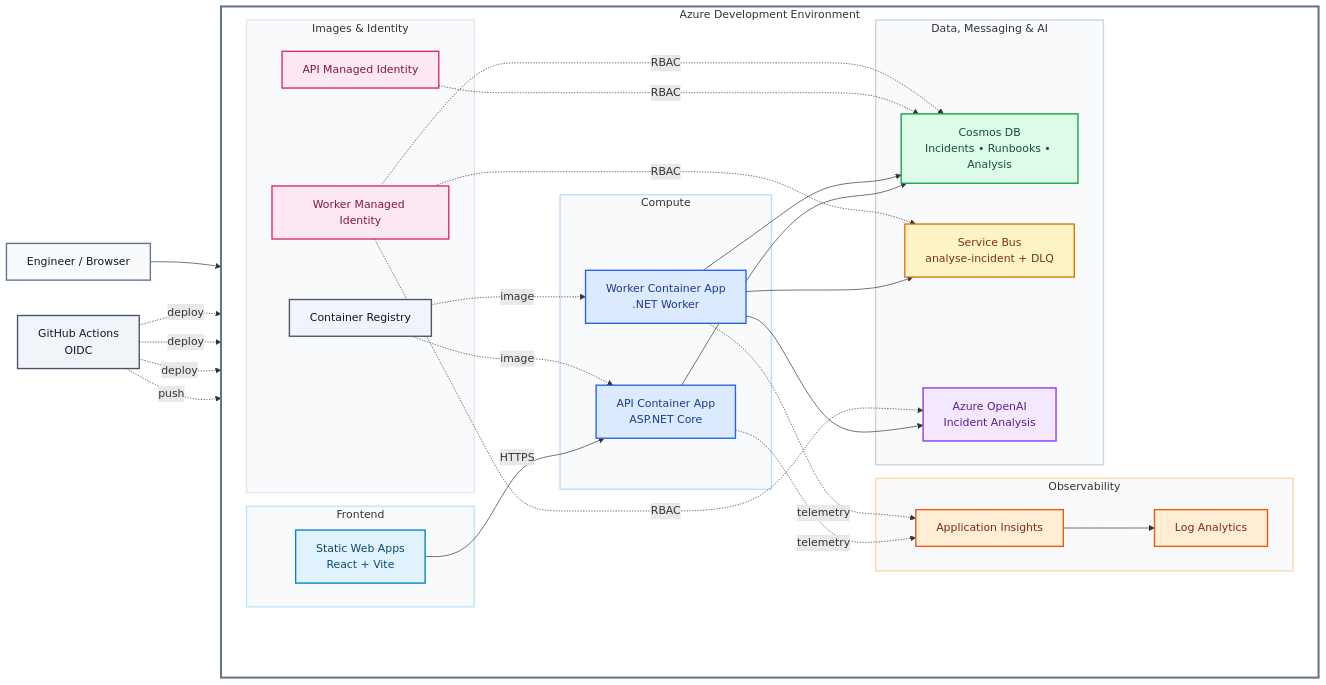
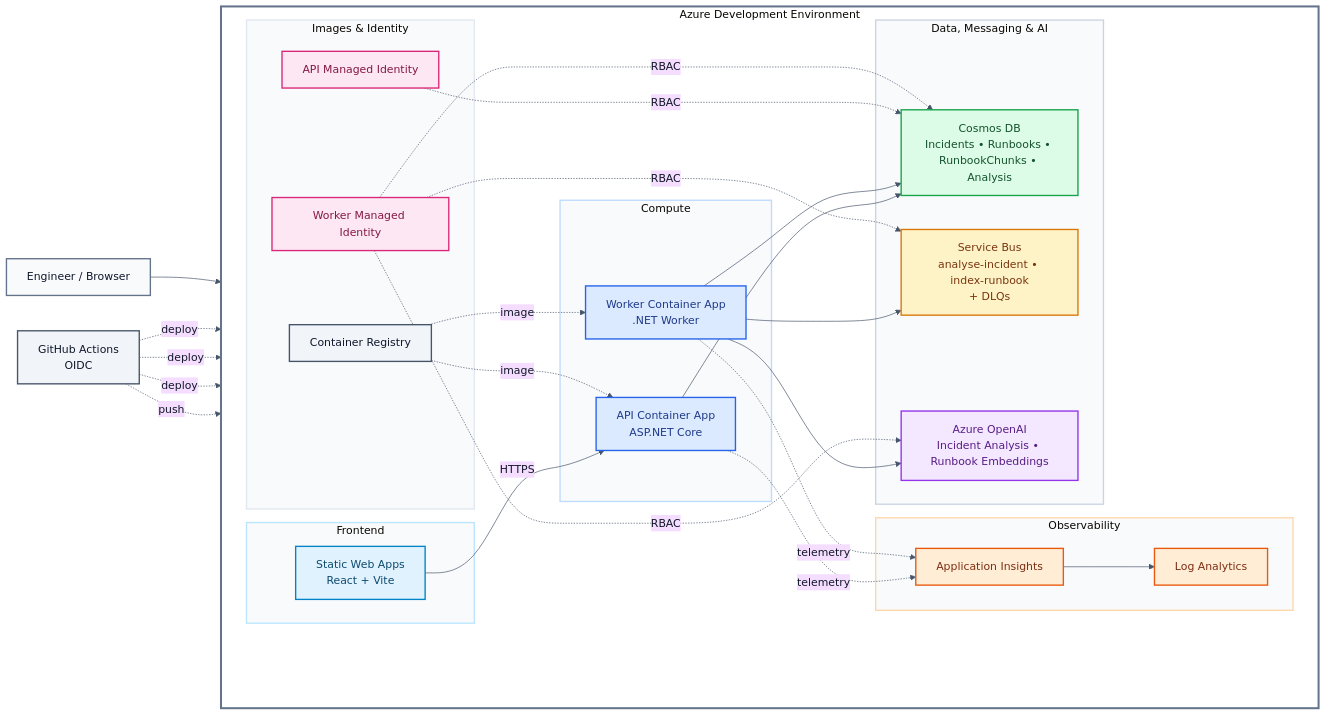
The first of 5 diagrams in ReadMe.md (danielmusselwhite/IncidentIQ), drawn with Mermaid before and after one commit. The commit also changed other lines of this file and 12 other files, not shown here.

Commit message:
docs: update with new runbook ingestion architecture

````diff
--- a/ReadMe.md
+++ b/ReadMe.md
@@ -19,76 +19,77 @@
 ```mermaid
+%%{init: {"theme": "base", "themeVariables": {"background": "#ffffff", "primaryTextColor": "#111827", "lineColor": "#475569"}}}%%
 flowchart LR
     User["Engineer / Browser"]:::external
     GitHub["GitHub Actions<br/>OIDC"]:::delivery
 
     subgraph Azure["Azure Development Environment"]
         direction LR
 
         subgraph Frontend["Frontend"]
             SWA["Static Web Apps<br/>React + Vite"]:::frontend
         end
 
         subgraph Compute["Compute"]
             API["API Container App<br/>ASP.NET Core"]:::compute
             Worker["Worker Container App<br/>.NET Worker"]:::compute
         end
 
         subgraph Platform["Data, Messaging & AI"]
-            Cosmos["Cosmos DB<br/>Incidents • Runbooks • Analysis"]:::data
-            ServiceBus["Service Bus<br/>analyse-incident + DLQ"]:::messaging
-            OpenAI["Azure OpenAI<br/>Incident Analysis"]:::ai
+            Cosmos["Cosmos DB<br/>Incidents • Runbooks • RunbookChunks • Analysis"]:::data
+            ServiceBus["Service Bus<br/>analyse-incident • index-runbook<br/>+ DLQs"]:::messaging
+            OpenAI["Azure OpenAI<br/>Incident Analysis • Runbook Embeddings"]:::ai
         end
 
         subgraph Observability["Observability"]
             Insights["Application Insights"]:::observe
             Logs["Log Analytics"]:::observe
         end
 
         subgraph Delivery["Images & Identity"]
             ACR["Container Registry"]:::delivery
             ApiMI["API Managed Identity"]:::identity
             WorkerMI["Worker Managed Identity"]:::identity
         end
     end
 
     User --> SWA
     SWA -->|HTTPS| API
 
     API --> Cosmos
     Worker --> Cosmos
     Worker --> ServiceBus
     Worker --> OpenAI
 
     API -. telemetry .-> Insights
     Worker -. telemetry .-> Insights
     Insights --> Logs
 
     ACR -. image .-> API
     ACR -. image .-> Worker
     GitHub -. deploy .-> SWA
     GitHub -. deploy .-> API
     GitHub -. deploy .-> Worker
     GitHub -. push .-> ACR
 
     ApiMI -. RBAC .-> Cosmos
     WorkerMI -. RBAC .-> Cosmos
     WorkerMI -. RBAC .-> ServiceBus
     WorkerMI -. RBAC .-> OpenAI
 
     classDef external fill:#f8fafc,stroke:#64748b,color:#0f172a,stroke-width:2px;
     classDef frontend fill:#e0f2fe,stroke:#0284c7,color:#0c4a6e,stroke-width:2px;
     classDef compute fill:#dbeafe,stroke:#2563eb,color:#1e3a8a,stroke-width:2px;
     classDef data fill:#dcfce7,stroke:#16a34a,color:#14532d,stroke-width:2px;
     classDef messaging fill:#fef3c7,stroke:#d97706,color:#78350f,stroke-width:2px;
     classDef ai fill:#f3e8ff,stroke:#9333ea,color:#581c87,stroke-width:2px;
     classDef observe fill:#ffedd5,stroke:#ea580c,color:#7c2d12,stroke-width:2px;
     classDef identity fill:#fce7f3,stroke:#db2777,color:#831843,stroke-width:2px;
     classDef delivery fill:#f1f5f9,stroke:#475569,color:#0f172a,stroke-width:2px;
 
     style Azure fill:#ffffff,stroke:#64748b,stroke-width:3px
     style Frontend fill:#f8fafc,stroke:#bae6fd,stroke-width:2px
     style Compute fill:#f8fafc,stroke:#bfdbfe,stroke-width:2px
     style Platform fill:#f8fafc,stroke:#cbd5e1,stroke-width:2px
     style Observability fill:#f8fafc,stroke:#fed7aa,stroke-width:2px
     style Delivery fill:#f8fafc,stroke:#e2e8f0,stroke-width:2px
 ```
````
